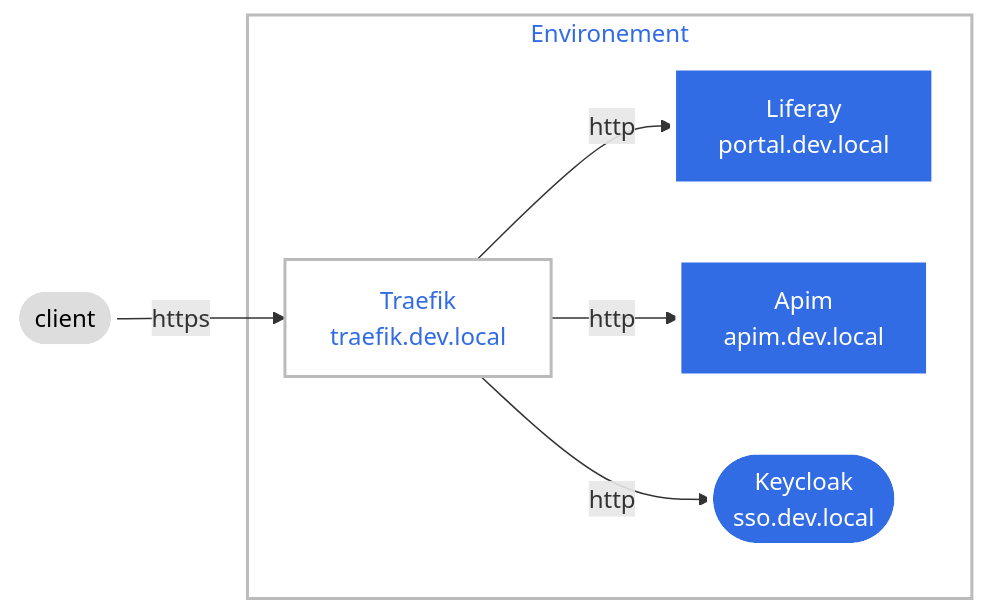
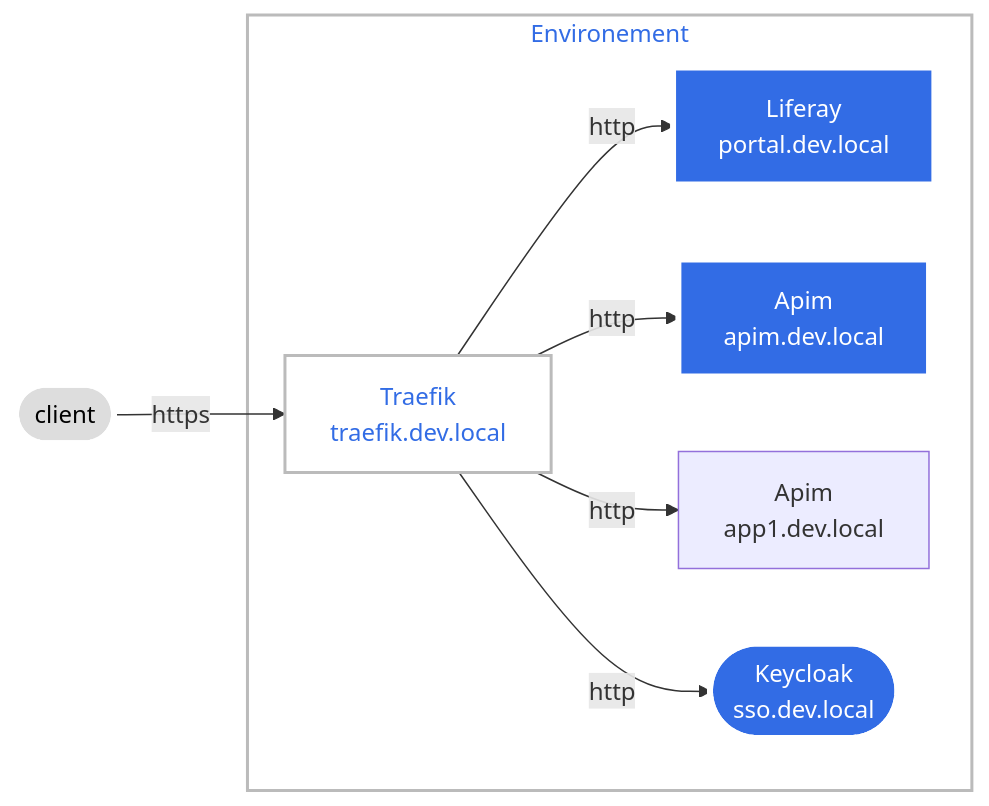
One commit to ThierryTouin/liferay-oauth-test changed the first of 2 diagrams in poc1-reactjs-liferay-keycloak/README.markdown. Above: the diagram before and after it, drawn with Mermaid. The commit also changed other lines of this file and 11 other files, not shown here.

````diff
--- a/poc1-reactjs-liferay-keycloak/README.markdown
+++ b/poc1-reactjs-liferay-keycloak/README.markdown
@@ -5,33 +5,35 @@
 ```mermaid
 graph  LR
 
 %% Nodes
 
 RProxy[Traefik<br>traefik.dev.local]
 Portal[Liferay<br>portal.dev.local]
 Apim[Apim<br>apim.dev.local]
+App1[Apim<br>app1.dev.local]
 C([client])
 SSO([Keycloak<br>sso.dev.local])
 
 
 %% Links	
 
 C -- https --> RProxy;
 subgraph Environement
     RProxy -- http --> SSO;
     RProxy -- http --> Portal;
+    RProxy -- http --> App1;
     RProxy -- http --> Apim;
 end
 
 %% Defining node styles
 
   classDef plain fill:#ddd,stroke:#fff,stroke-width:4px,color:#000;
   classDef k8s fill:#326ce5,stroke:#fff,stroke-width:4px,color:#fff;
   classDef cluster fill:#fff,stroke:#bbb,stroke-width:2px,color:#326ce5;
   
 %% Assigning styles to nodes
 
   class Portal,SSO,Apim k8s;
   class C plain;
   class RProxy cluster;
 ```
````
